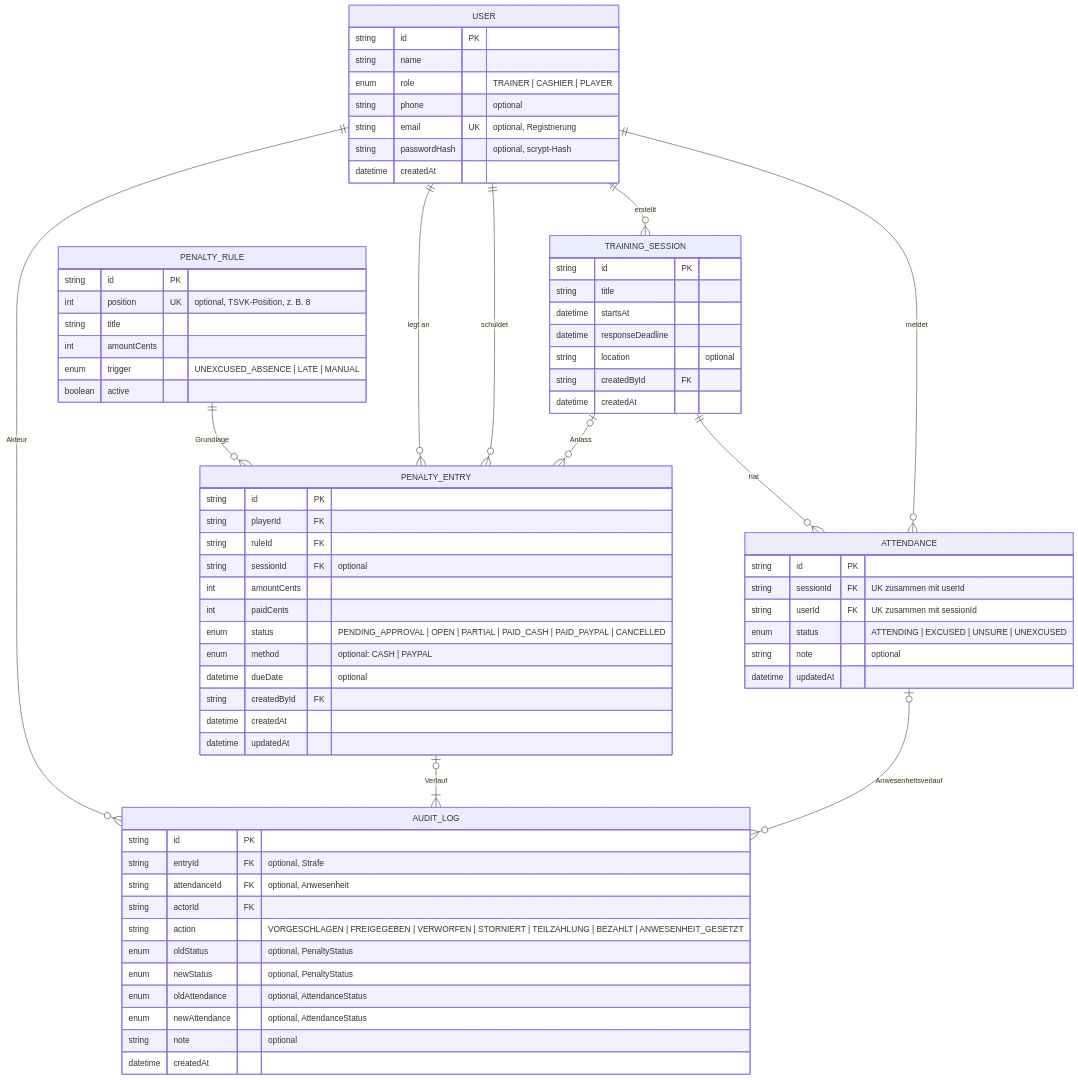
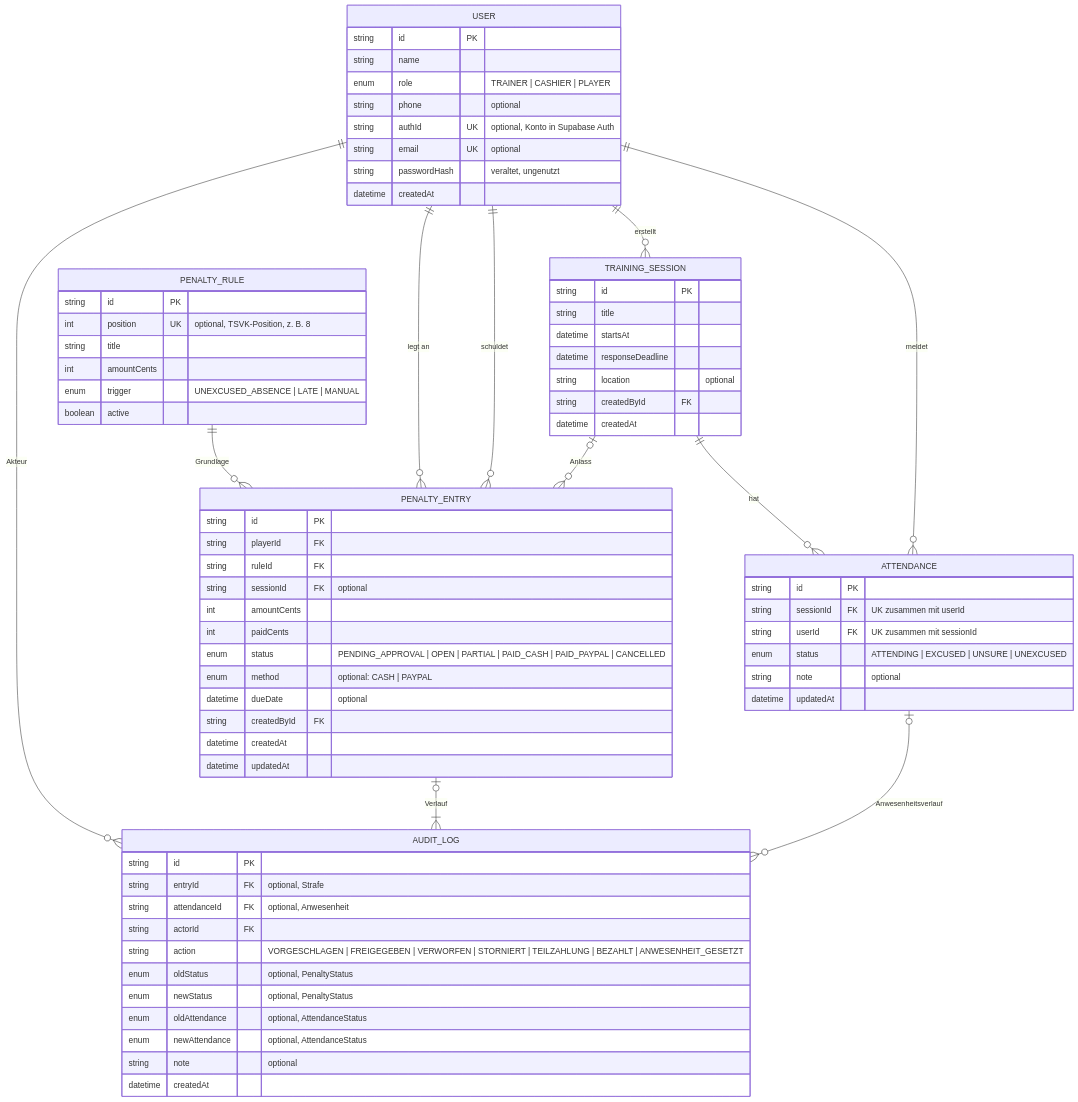
The second of 2 diagrams in docs/architektur/er-modell.md (squadhq-team/squadhq-team), drawn with Mermaid before and after one commit. The commit also changed other lines of this file and 30 other files, not shown here.

First line of the commit message:
Anmeldung auf Supabase Auth umstellen

````diff
--- a/docs/architektur/er-modell.md
+++ b/docs/architektur/er-modell.md
@@ -27,75 +27,76 @@
 ```mermaid
 erDiagram
   USER ||--o{ ATTENDANCE : "meldet"
   TRAINING_SESSION ||--o{ ATTENDANCE : "hat"
   USER ||--o{ TRAINING_SESSION : "erstellt"
   USER ||--o{ PENALTY_ENTRY : "schuldet"
   USER ||--o{ PENALTY_ENTRY : "legt an"
   PENALTY_RULE ||--o{ PENALTY_ENTRY : "Grundlage"
   TRAINING_SESSION |o--o{ PENALTY_ENTRY : "Anlass"
   PENALTY_ENTRY |o--|{ AUDIT_LOG : "Verlauf"
   ATTENDANCE |o--o{ AUDIT_LOG : "Anwesenheitsverlauf"
   USER ||--o{ AUDIT_LOG : "Akteur"
 
   USER {
     string id PK
     string name
     enum role "TRAINER | CASHIER | PLAYER"
     string phone "optional"
-    string email UK "optional, Registrierung"
-    string passwordHash "optional, scrypt-Hash"
+    string authId UK "optional, Konto in Supabase Auth"
+    string email UK "optional"
+    string passwordHash "veraltet, ungenutzt"
     datetime createdAt
   }
   TRAINING_SESSION {
     string id PK
     string title
     datetime startsAt
     datetime responseDeadline
     string location "optional"
     string createdById FK
     datetime createdAt
   }
   ATTENDANCE {
     string id PK
     string sessionId FK "UK zusammen mit userId"
     string userId FK "UK zusammen mit sessionId"
     enum status "ATTENDING | EXCUSED | UNSURE | UNEXCUSED"
     string note "optional"
     datetime updatedAt
   }
   PENALTY_RULE {
     string id PK
     int position UK "optional, TSVK-Position, z. B. 8"
     string title
     int amountCents
     enum trigger "UNEXCUSED_ABSENCE | LATE | MANUAL"
     boolean active
   }
   PENALTY_ENTRY {
     string id PK
     string playerId FK
     string ruleId FK
     string sessionId FK "optional"
     int amountCents
     int paidCents
     enum status "PENDING_APPROVAL | OPEN | PARTIAL | PAID_CASH | PAID_PAYPAL | CANCELLED"
     enum method "optional: CASH | PAYPAL"
     datetime dueDate "optional"
     string createdById FK
     datetime createdAt
     datetime updatedAt
   }
   AUDIT_LOG {
     string id PK
     string entryId FK "optional, Strafe"
     string attendanceId FK "optional, Anwesenheit"
     string actorId FK
     string action "VORGESCHLAGEN | FREIGEGEBEN | VERWORFEN | STORNIERT | TEILZAHLUNG | BEZAHLT | ANWESENHEIT_GESETZT"
     enum oldStatus "optional, PenaltyStatus"
     enum newStatus "optional, PenaltyStatus"
     enum oldAttendance "optional, AttendanceStatus"
     enum newAttendance "optional, AttendanceStatus"
     string note "optional"
     datetime createdAt
   }
 ```
````
